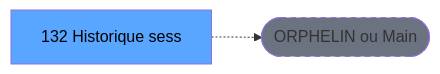
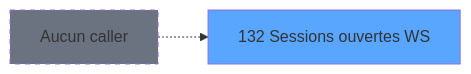
One commit to thonyAGP/magic-migration changed the second of 3 diagrams in .openspec/specs/ADH-IDE-132.md. Above: the diagram before and after it, drawn with Mermaid. The commit also changed other lines of this file and 311 other files, not shown here.

````diff
--- a/.openspec/specs/ADH-IDE-132.md
+++ b/.openspec/specs/ADH-IDE-132.md
@@ -124,8 +146,8 @@
 ```mermaid
 graph LR
-    T[132 Historique sess]
-    ORPHAN([ORPHELIN ou Main])
-    T -.-> ORPHAN
-    style T fill:#58a6ff,color:#000
-    style ORPHAN fill:#6b7280,stroke-dasharray: 5 5
+    T132[132 Sessions ouvertes WS]
+    style T132 fill:#58a6ff
+    NONE[Aucun caller]
+    NONE -.-> T132
+    style NONE fill:#6b7280,stroke-dasharray: 5 5
 ```
````
